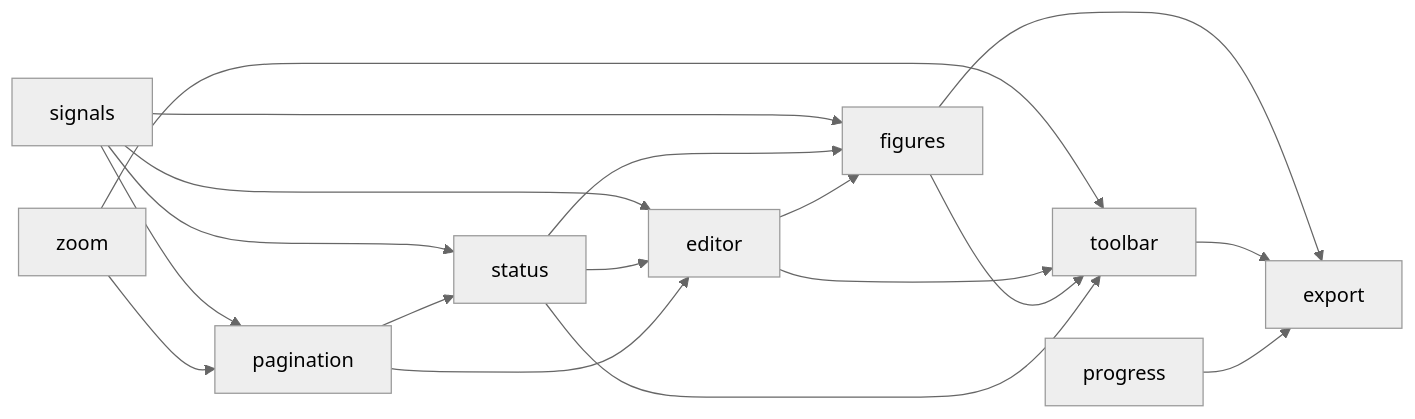
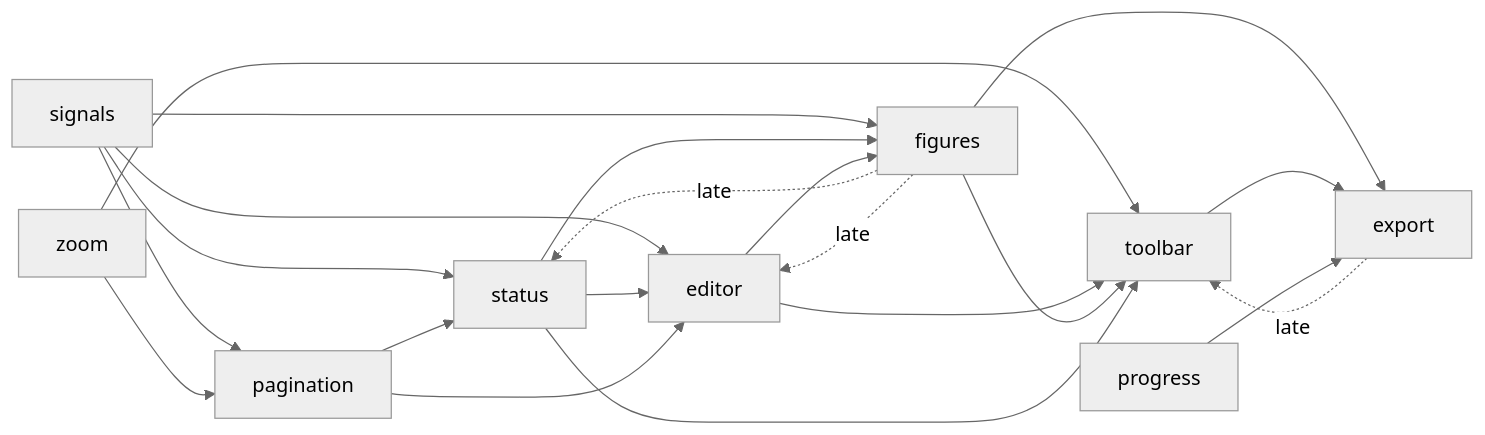
One commit to nakrasian/standalone-doc changed the diagram in DEPS.md. Above: the diagram before and after it, drawn with Mermaid (neutral theme). The commit also changed other lines of this file and 14 other files, not shown here.

First line of the commit message:
refactor(status,editor,toolbar): take the back-edges as dependencies (Phase 3, commit 5a)

````diff
--- a/DEPS.md
+++ b/DEPS.md
@@ -23,20 +23,23 @@
 ```mermaid
 graph LR
   signals --> pagination
   zoom --> pagination
   signals --> status
   pagination --> status
+  figures -.->|late| status
   signals --> editor
   status --> editor
   pagination --> editor
+  figures -.->|late| editor
   signals --> figures
   status --> figures
   editor --> figures
   zoom --> toolbar
   editor --> toolbar
   figures --> toolbar
   status --> toolbar
+  export -.->|late| toolbar
   figures --> export
   toolbar --> export
   progress --> export
 ```
````
